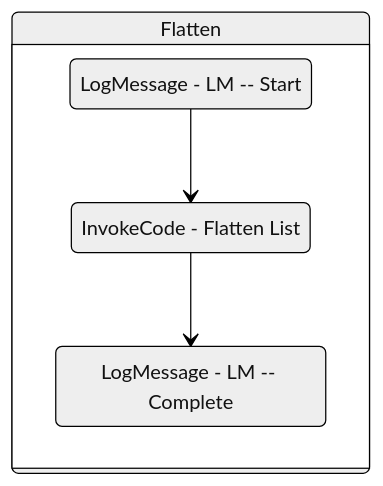
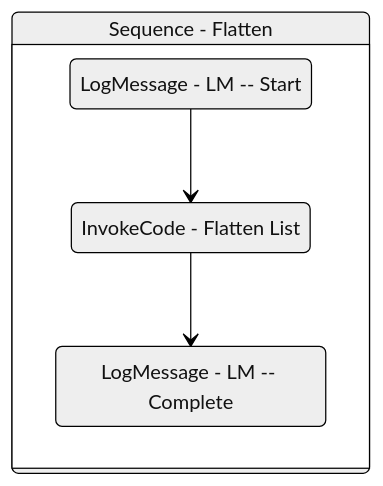
The diagram in Documentation/.templates/Reporters/Basic/Logic/Flatten.md (yashbrahmbhatt/LazyFramework), drawn with Mermaid (neutral theme) before and after one commit. The commit also changed other lines of this file and 78 other files, not shown here.

````diff
--- a/Documentation/.templates/Reporters/Basic/Logic/Flatten.md
+++ b/Documentation/.templates/Reporters/Basic/Logic/Flatten.md
@@ -122,14 +122,14 @@
 ```mermaid
 stateDiagram-v2
 
 
-Sequence_1: Flatten
+Sequence_1: Sequence - Flatten
 state Sequence_1 {
 direction TB
 LogMessage_1 : LogMessage - LM -- Start
 InvokeCode_3 : InvokeCode - Flatten List
 LogMessage_1 --> InvokeCode_3
 LogMessage_2 : LogMessage - LM -- Complete
 InvokeCode_3 --> LogMessage_2
 }
 ```
````
